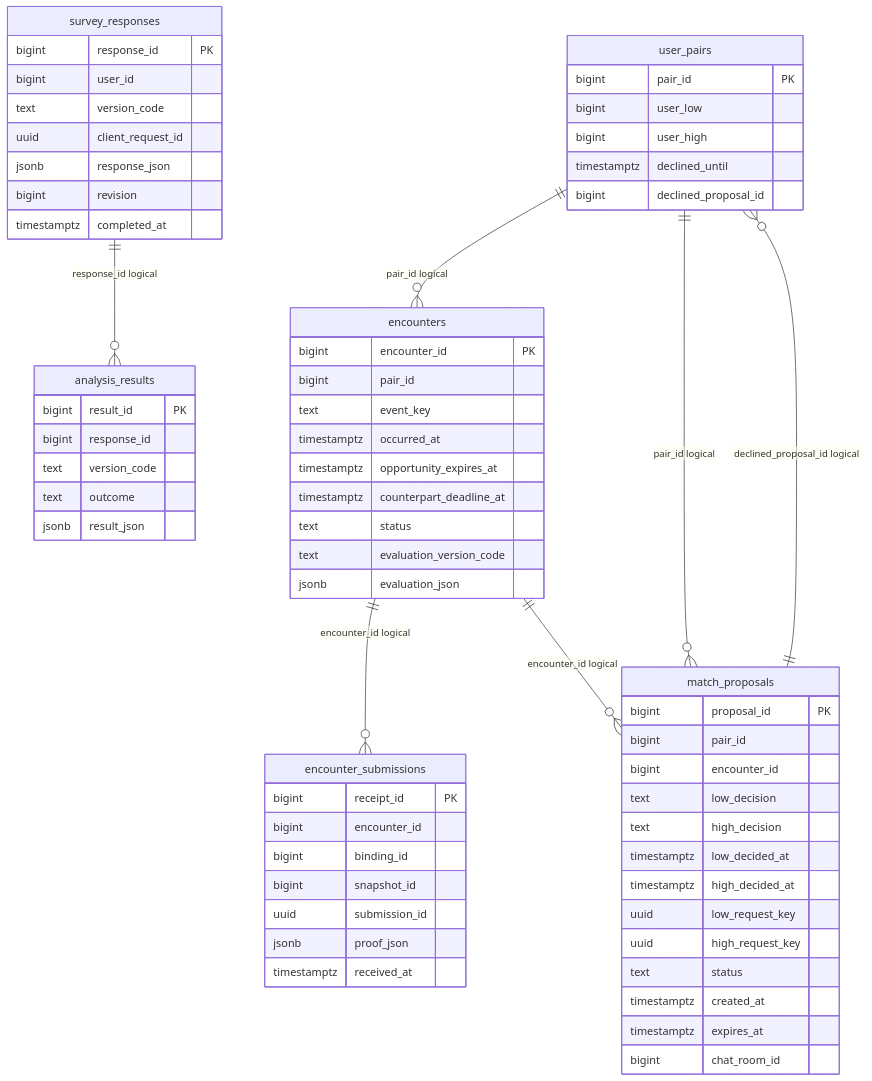
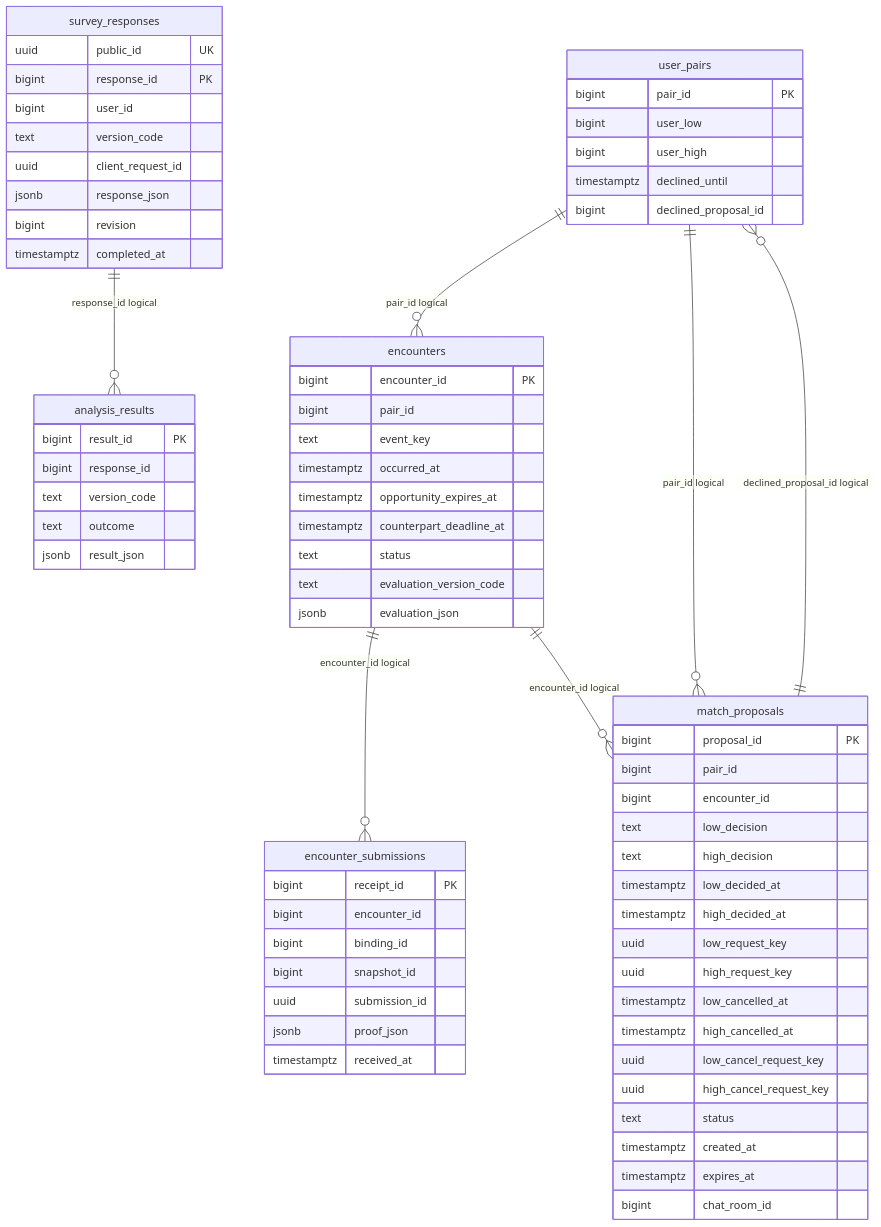
Before and after one commit to j-moo/Tingle: the diagram in docs/database/erd-3.mmd, drawn with Mermaid. The commit also changed 122 other files, not shown here.

Commit message:
fix: 채팅 저장과 안내 연동 및 API와 ERD 정합화

```diff
--- a/docs/database/erd-3.mmd
+++ b/docs/database/erd-3.mmd
@@ -1,65 +1,70 @@
 erDiagram
     survey_responses {
+        uuid public_id UK
         bigint response_id PK
         bigint user_id
         text version_code
         uuid client_request_id
         jsonb response_json
         bigint revision
         timestamptz completed_at
     }
     analysis_results {
         bigint result_id PK
         bigint response_id
         text version_code
         text outcome
         jsonb result_json
     }
     user_pairs {
         bigint pair_id PK
         bigint user_low
         bigint user_high
         timestamptz declined_until
         bigint declined_proposal_id
     }
     encounters {
         bigint encounter_id PK
         bigint pair_id
         text event_key
         timestamptz occurred_at
         timestamptz opportunity_expires_at
         timestamptz counterpart_deadline_at
         text status
         text evaluation_version_code
         jsonb evaluation_json
     }
     encounter_submissions {
         bigint receipt_id PK
         bigint encounter_id
         bigint binding_id
         bigint snapshot_id
         uuid submission_id
         jsonb proof_json
         timestamptz received_at
     }
     match_proposals {
         bigint proposal_id PK
         bigint pair_id
         bigint encounter_id
         text low_decision
         text high_decision
         timestamptz low_decided_at
         timestamptz high_decided_at
         uuid low_request_key
         uuid high_request_key
+        timestamptz low_cancelled_at
+        timestamptz high_cancelled_at
+        uuid low_cancel_request_key
+        uuid high_cancel_request_key
         text status
         timestamptz created_at
         timestamptz expires_at
         bigint chat_room_id
     }
     survey_responses ||--o{ analysis_results : "response_id logical"
     match_proposals ||--o{ user_pairs : "declined_proposal_id logical"
     user_pairs ||--o{ encounters : "pair_id logical"
     encounters ||--o{ encounter_submissions : "encounter_id logical"
     user_pairs ||--o{ match_proposals : "pair_id logical"
     encounters ||--o{ match_proposals : "encounter_id logical"
```
